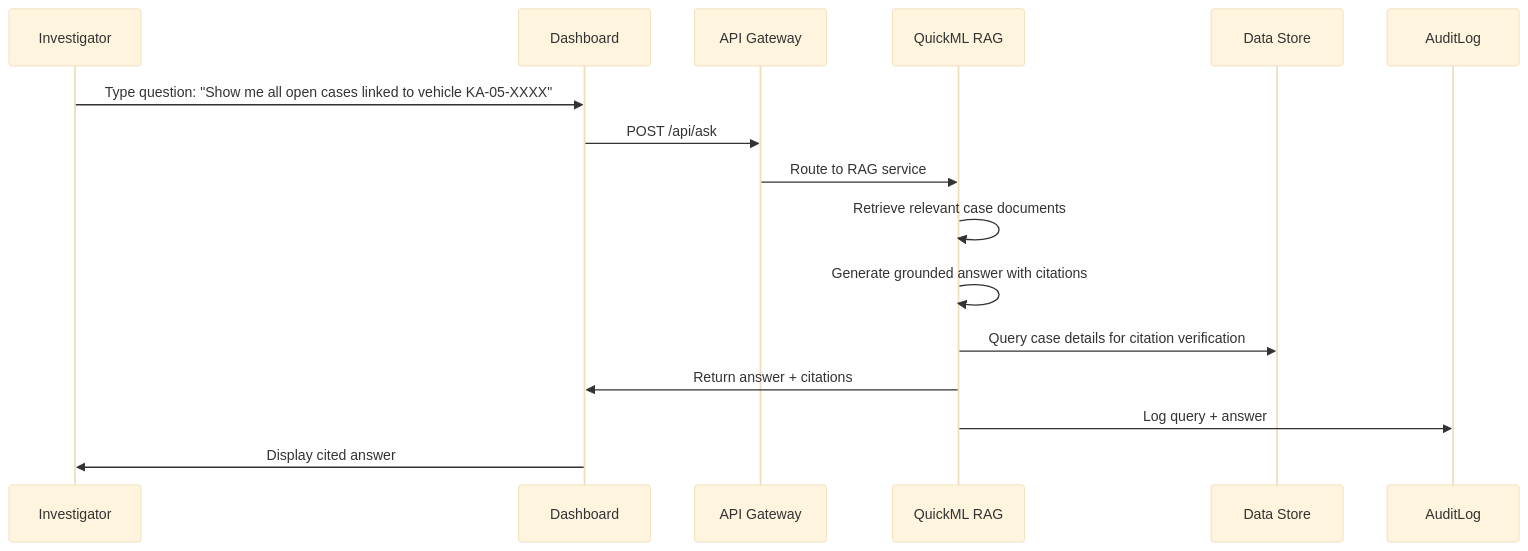
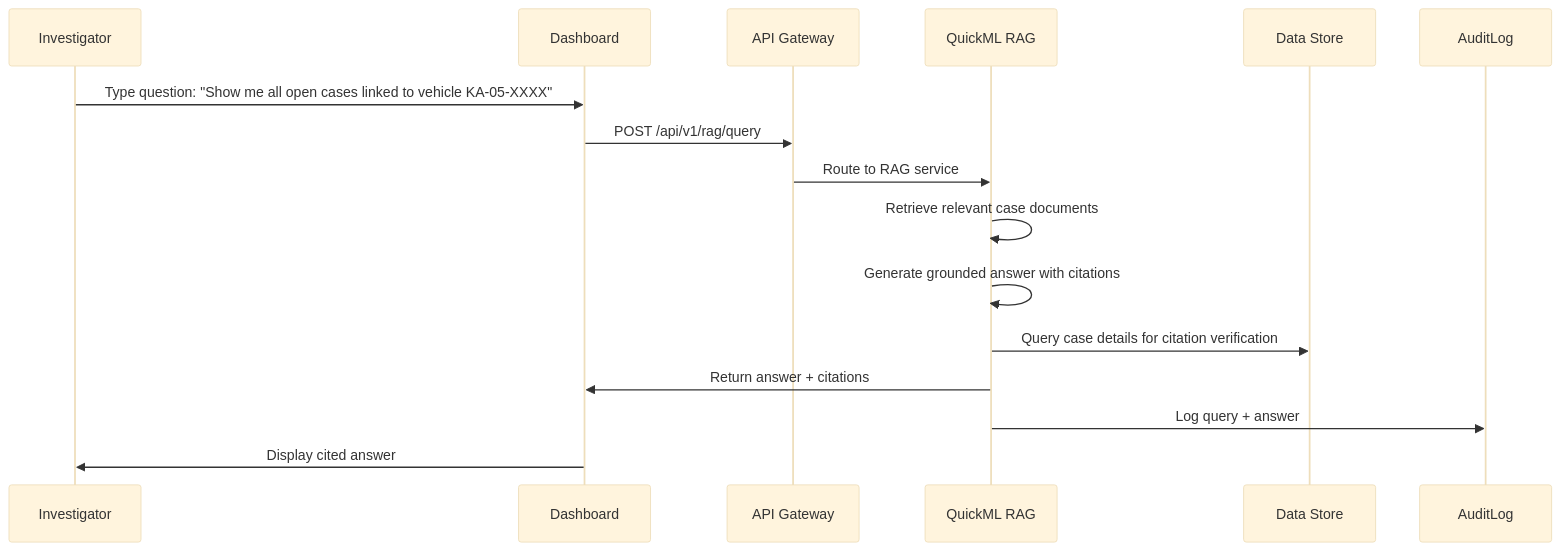
The fourth of 5 diagrams in docs/architecture/high-level-design.md (Arun1122007/Berunda), drawn with Mermaid (base theme) before and after one commit. The commit also changed other lines of this file, not shown here.

````diff
--- a/docs/architecture/high-level-design.md
+++ b/docs/architecture/high-level-design.md
@@ -107,19 +107,19 @@
 ```mermaid
 sequenceDiagram
     participant User as Investigator
     participant UI as Dashboard
     participant GW as API Gateway
     participant RAG as QuickML RAG
     participant DS as Data Store
     participant AUD as AuditLog
 
     User->>UI: Type question: "Show me all open cases linked to vehicle KA-05-XXXX"
-    UI->>GW: POST /api/ask
+    UI->>GW: POST /api/v1/rag/query
     GW->>RAG: Route to RAG service
     RAG->>RAG: Retrieve relevant case documents
     RAG->>RAG: Generate grounded answer with citations
     RAG->>DS: Query case details for citation verification
     RAG->>UI: Return answer + citations
     RAG->>AUD: Log query + answer
     UI->>User: Display cited answer
 ```
````
